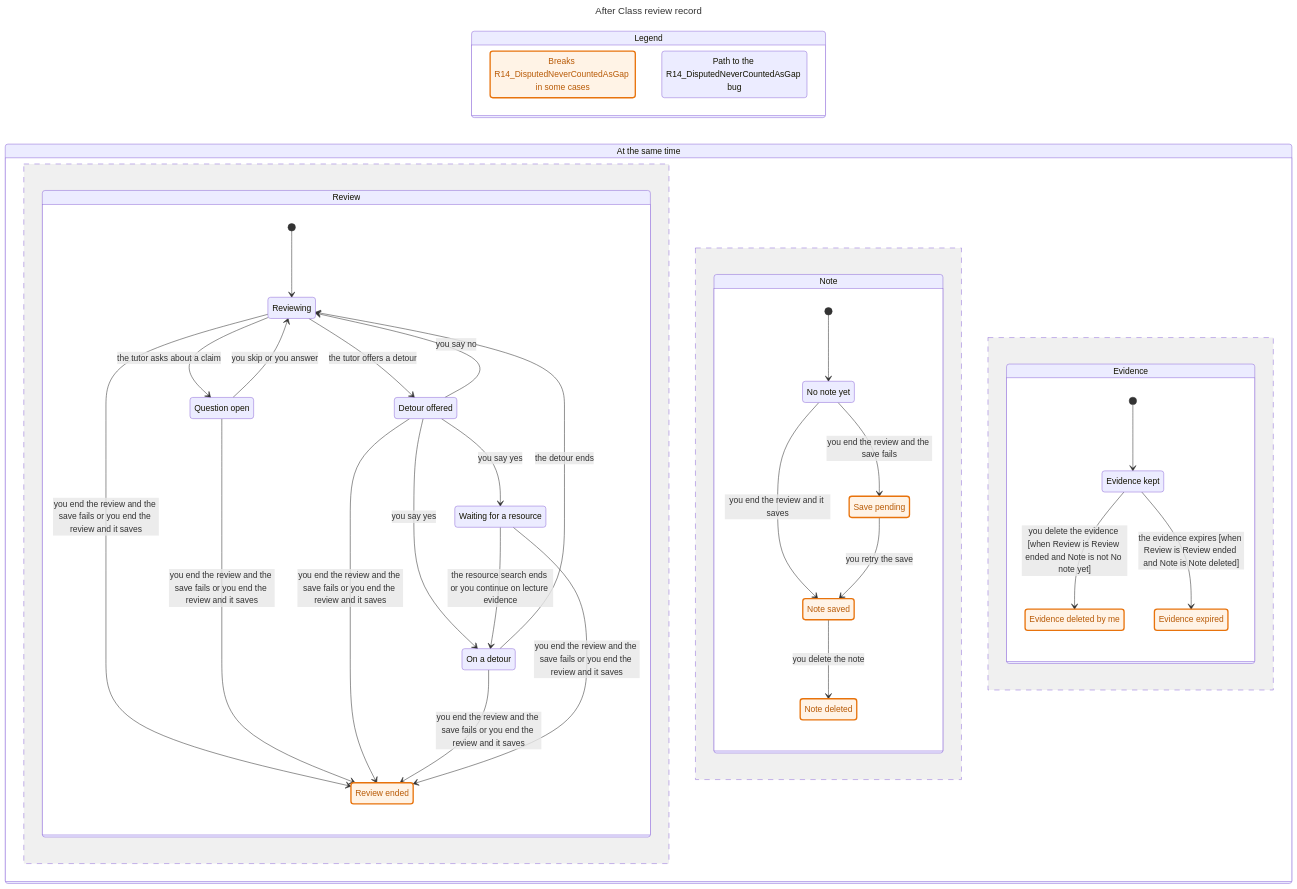
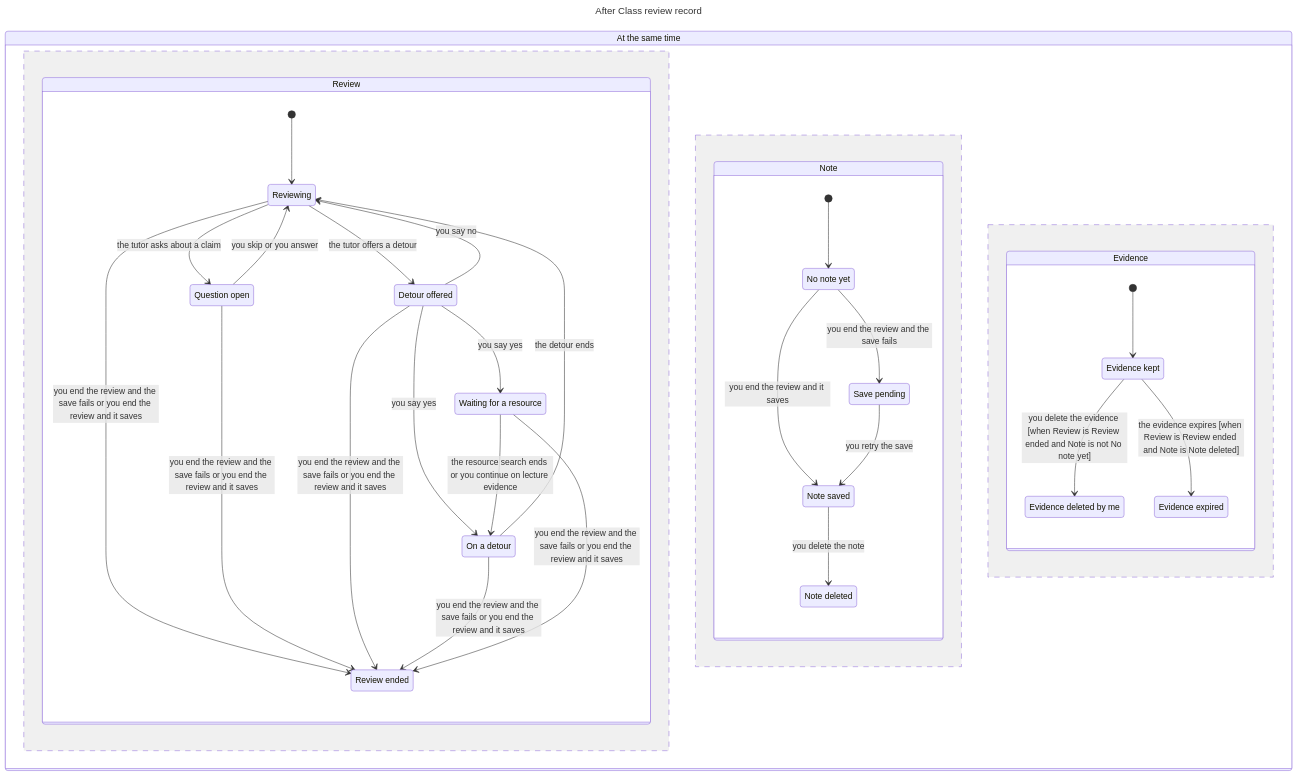
The diagram in docs/flows/model/out-record/chart/chart.mmd (DerekHertz/after-class), drawn with Mermaid before and after one commit. The commit also changed 15 other files, not shown here.

First line of the commit message:
Model the R14 second-path flow line; all eleven TLC rules hold

```diff
--- a/docs/flows/model/out-record/chart/chart.mmd
+++ b/docs/flows/model/out-record/chart/chart.mmd
@@ -1,69 +1,50 @@
 ---
 title: "After Class review record"
 ---
 stateDiagram-v2
   direction LR
-  state "Legend" as legend {
-    lg0: Breaks R14_DisputedNeverCountedAsGap in some cases
-    lg1: Path to the R14_DisputedNeverCountedAsGap bug
-  }
-  class lg0 mayBreak
-  class lg1 bugPath
   state "At the same time" as all {
     state "Review" as r0 {
       s0: Reviewing
       s1: Question open
       s2: Review ended
       s3: Detour offered
       s4: On a detour
       s5: Waiting for a resource
       [*] --> s0
       s0 --> s1: the tutor asks about a claim
       s0 --> s2: you end the review and the save fails or you end the review and it saves
       s1 --> s0: you skip or you answer
       s1 --> s2: you end the review and the save fails or you end the review and it saves
       s0 --> s3: the tutor offers a detour
       s3 --> s0: you say no
       s3 --> s2: you end the review and the save fails or you end the review and it saves
       s3 --> s4: you say yes
       s3 --> s5: you say yes
       s4 --> s2: you end the review and the save fails or you end the review and it saves
       s4 --> s0: the detour ends
       s5 --> s2: you end the review and the save fails or you end the review and it saves
       s5 --> s4: the resource search ends or you continue on lecture evidence
     }
     --
     state "Note" as r1 {
       s6: No note yet
       s7: Save pending
       s8: Note saved
       s9: Note deleted
       [*] --> s6
       s6 --> s7: you end the review and the save fails
       s6 --> s8: you end the review and it saves
       s7 --> s8: you retry the save
       s8 --> s9: you delete the note
     }
     --
     state "Evidence" as r2 {
       s10: Evidence kept
       s11: Evidence deleted by me
       s12: Evidence expired
       [*] --> s10
       s10 --> s11: you delete the evidence [when Review is Review ended and Note is not No note yet]
       s10 --> s12: the evidence expires [when Review is Review ended and Note is Note deleted]
     }
   }
-  classDef mayBreak fill:#fff3e6,stroke:#e8730c,stroke-width:2.5px,color:#b85a06
-  class s0 bugPath
-  class s1 bugPath
-  class s2 mayBreak
-  class s2 bugPath
-  class s6 bugPath
-  class s7 mayBreak
-  class s7 bugPath
-  class s8 mayBreak
-  class s9 mayBreak
-  class s10 bugPath
-  class s11 mayBreak
-  class s12 mayBreak
```
